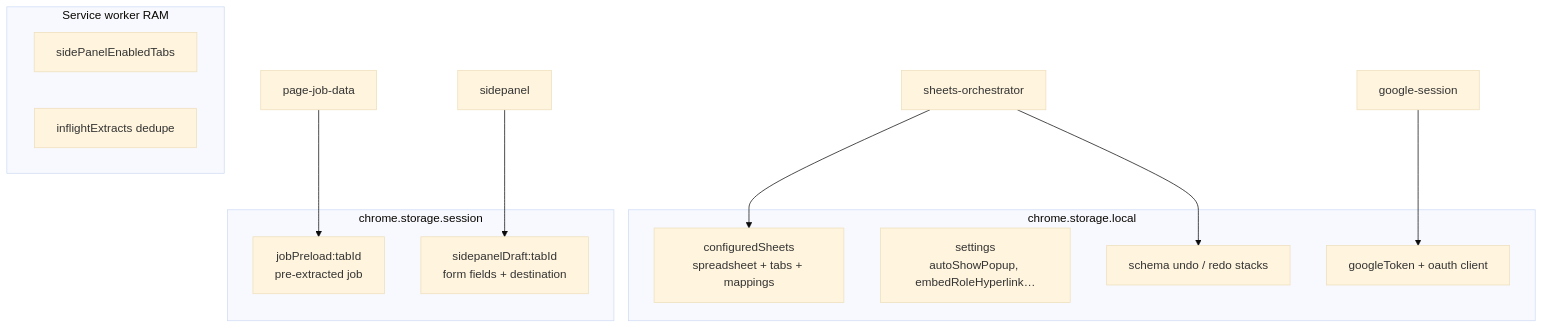
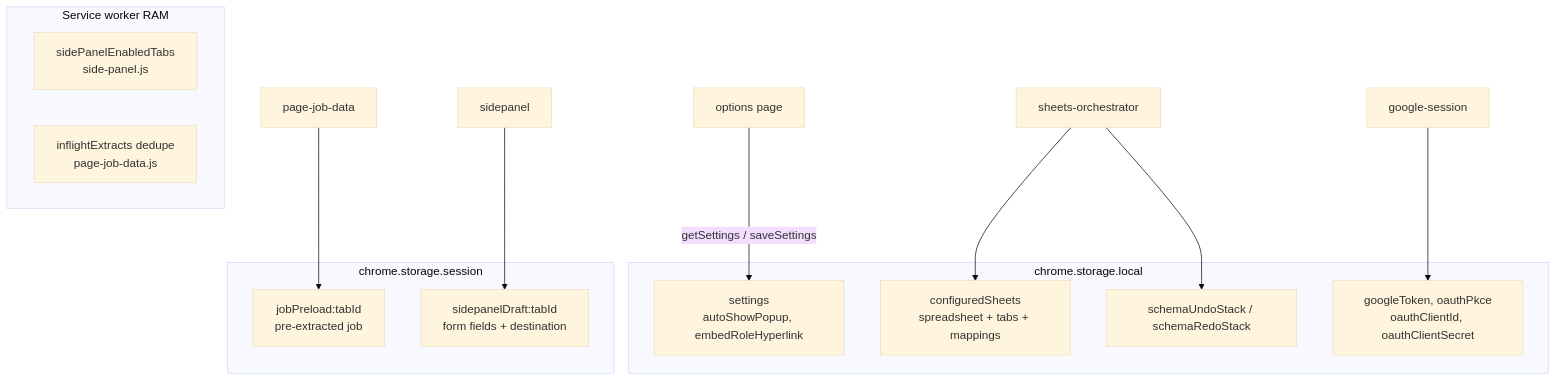
Before and after one commit to jayshah2005/JobTracker: the seventh of 7 diagrams in diagrams/architecture.md, drawn with Mermaid (base theme). The commit also changed other lines of this file and 56 other files, not shown here.

````diff
--- a/diagrams/architecture.md
+++ b/diagrams/architecture.md
@@ -214,25 +221,26 @@
 ```mermaid
 flowchart TB
   subgraph local [chrome.storage.local]
     sheets[configuredSheets<br/>spreadsheet + tabs + mappings]
-    settings[settings<br/>autoShowPopup, embedRoleHyperlink…]
-    token[googleToken + oauth client]
-    undo[schema undo / redo stacks]
+    settings[settings<br/>autoShowPopup, embedRoleHyperlink]
+    token[googleToken, oauthPkce<br/>oauthClientId, oauthClientSecret]
+    undo[schemaUndoStack / schemaRedoStack]
   end
 
   subgraph session [chrome.storage.session]
     preload[jobPreload:tabId<br/>pre-extracted job]
     draft[sidepanelDraft:tabId<br/>form fields + destination]
   end
 
   subgraph memory [Service worker RAM]
-    enabled[sidePanelEnabledTabs]
-    inflight[inflightExtracts dedupe]
+    enabled[sidePanelEnabledTabs<br/>side-panel.js]
+    inflight[inflightExtracts dedupe<br/>page-job-data.js]
   end
 
   Orch[sheets-orchestrator] --> sheets
   Orch --> undo
   Auth[google-session] --> token
+  Opt[options page] -->|getSettings / saveSettings| settings
   PJD[page-job-data] --> preload
   SP[sidepanel] --> draft
 ```
````
